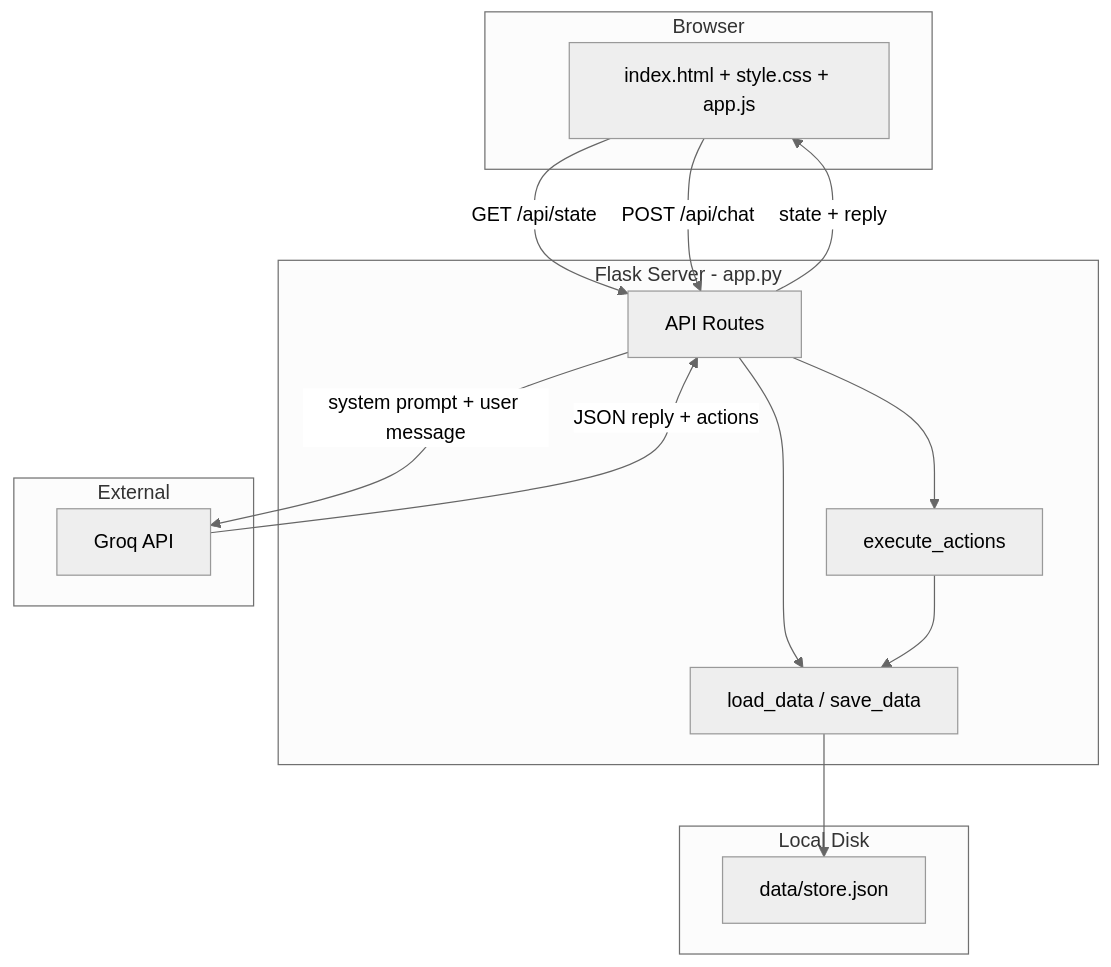
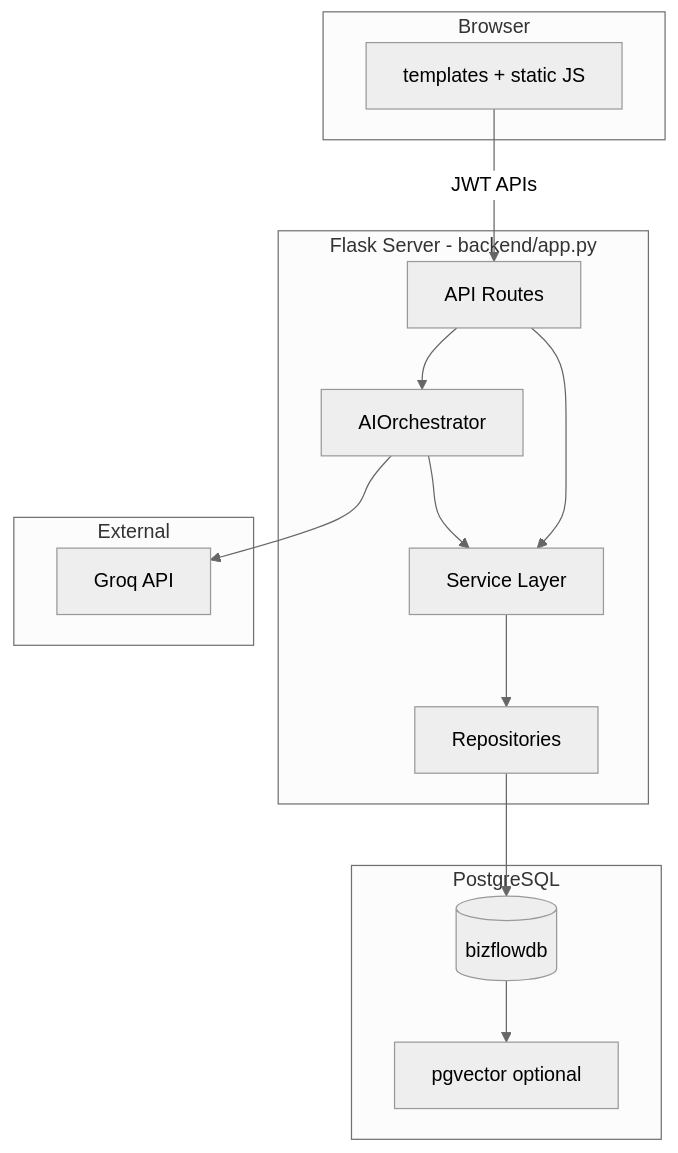
Before and after one commit to Gayatrigb12/bizflow-ai: the diagram in docs/02-architecture.md, drawn with Mermaid (neutral theme). The commit also changed other lines of this file and 99 other files, not shown here.

````diff
--- a/docs/02-architecture.md
+++ b/docs/02-architecture.md
@@ -5,30 +5,31 @@
 ```mermaid
 flowchart TB
     subgraph browser [Browser]
-        UI[index.html + style.css + app.js]
+        UI[templates + static JS]
     end
 
-    subgraph flask [Flask Server - app.py]
+    subgraph flask [Flask Server - backend/app.py]
         Routes[API Routes]
-        Exec[execute_actions]
-        Store[load_data / save_data]
+        Services[Service Layer]
+        Repos[Repositories]
+        AI[AIOrchestrator]
     end
 
     subgraph external [External]
         Groq[Groq API]
     end
 
-    subgraph disk [Local Disk]
-        JSON[data/store.json]
+    subgraph database [PostgreSQL]
+        PG[(bizflowdb)]
+        Vec[pgvector optional]
     end
 
-    UI -->|GET /api/state| Routes
-    UI -->|POST /api/chat| Routes
-    Routes --> Store
-    Store --> JSON
-    Routes -->|system prompt + user message| Groq
-    Groq -->|JSON reply + actions| Routes
-    Routes --> Exec
-    Exec --> Store
-    Routes -->|state + reply| UI
+    UI -->|JWT APIs| Routes
+    Routes --> Services
+    Services --> Repos
+    Repos --> PG
+    Routes --> AI
+    AI --> Groq
+    AI --> Services
+    PG --> Vec
 ```
````
